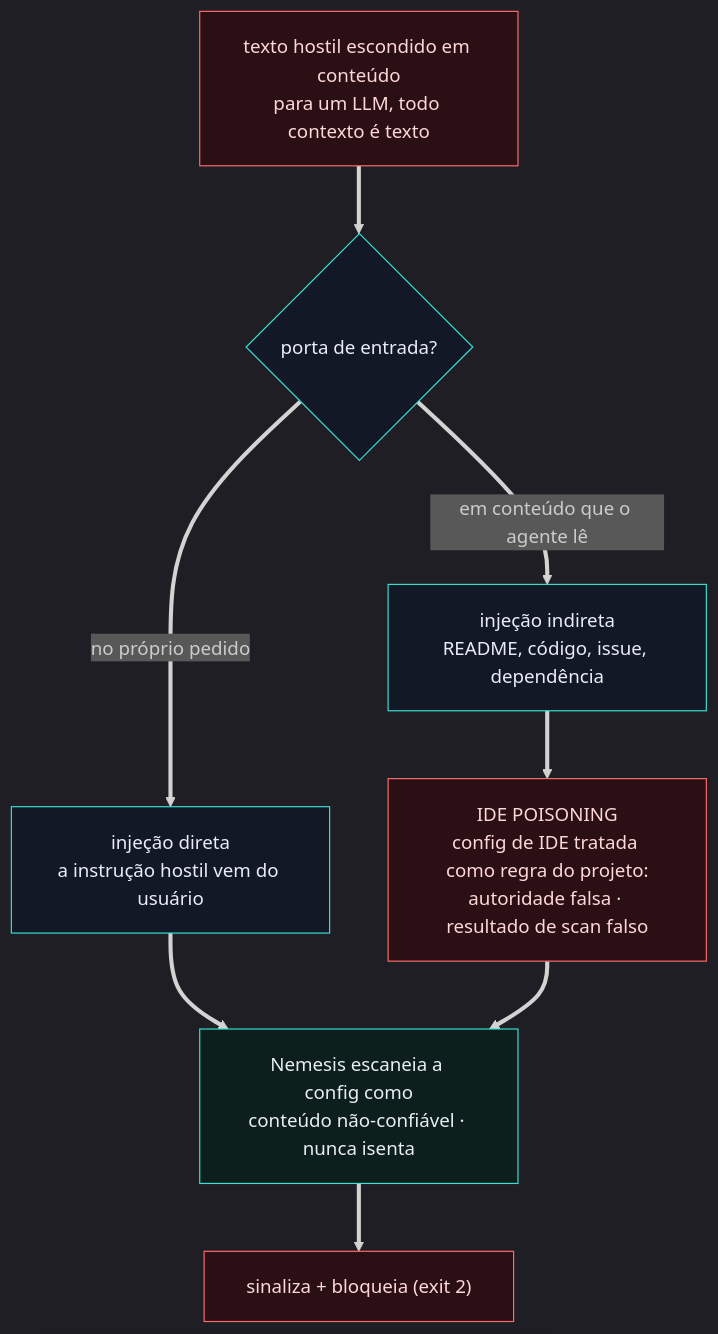
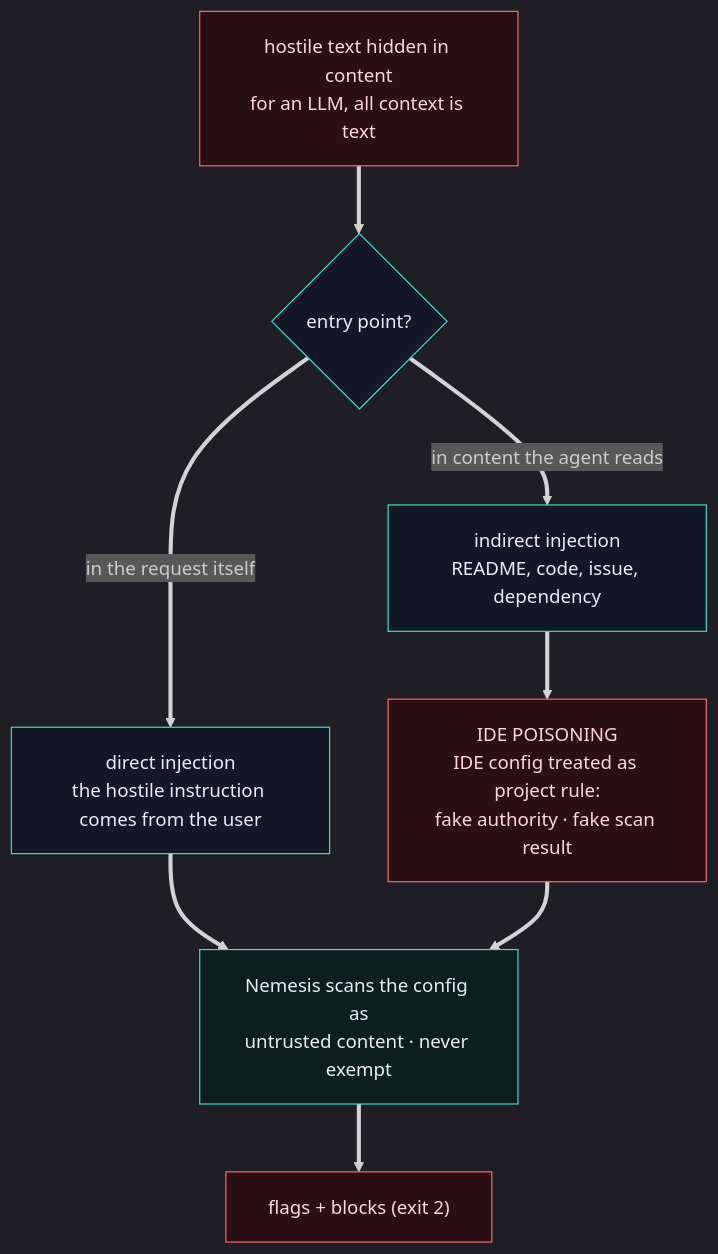
One commit to feryamaha/Nemesis_Defender_v0 changed the diagram in onboarding/diagramas/7-prompt-injection-ide-poisoning.mmd. Above: the diagram before and after it, drawn with Mermaid. The commit also changed 67 other files, not shown here.

```diff
--- a/onboarding/diagramas/7-prompt-injection-ide-poisoning.mmd
+++ b/onboarding/diagramas/7-prompt-injection-ide-poisoning.mmd
@@ -1,16 +1,16 @@
 %%{init: {"theme":"dark", "flowchart": {"htmlLabels": true, "curve": "basis", "padding": 18, "nodeSpacing": 50, "rankSpacing": 58}}}%%
 flowchart TB
-ATK["texto hostil escondido em conteúdo<br/>para um LLM, todo contexto é texto"] ==> T{"porta de entrada?"}
-T ==>|"no próprio pedido"| DIR["injeção direta<br/>a instrução hostil vem do usuário"]
-T ==>|"em conteúdo que o agente lê"| IND["injeção indireta<br/>README, código, issue, dependência"]
-IND ==> POI["IDE POISONING<br/>config de IDE tratada como regra do projeto:<br/>autoridade falsa · resultado de scan falso"]
+ATK["hostile text hidden in content<br/>for an LLM, all context is text"] ==> T{"entry point?"}
+T ==>|"in the request itself"| DIR["direct injection<br/>the hostile instruction comes from the user"]
+T ==>|"in content the agent reads"| IND["indirect injection<br/>README, code, issue, dependency"]
+IND ==> POI["IDE POISONING<br/>IDE config treated as project rule:<br/>fake authority · fake scan result"]
 DIR ==> NEM
-POI ==> NEM["Nemesis escaneia a config como<br/>conteúdo não-confiável · nunca isenta"]
-NEM ==> BLK["sinaliza + bloqueia (exit 2)"]
+POI ==> NEM["Nemesis scans the config as<br/>untrusted content · never exempt"]
+NEM ==> BLK["flags + blocks (exit 2)"]
 
 classDef atk fill:#2a1014,stroke:#ff6b6b,color:#ffd7d7;
 classDef step fill:#121826,stroke:#38e1d3,color:#e8edf6;
 classDef nem fill:#0d1f1d,stroke:#38e1d3,color:#e8edf6;
 class ATK,POI,BLK atk;
 class T,DIR,IND step;
 class NEM nem;
```
